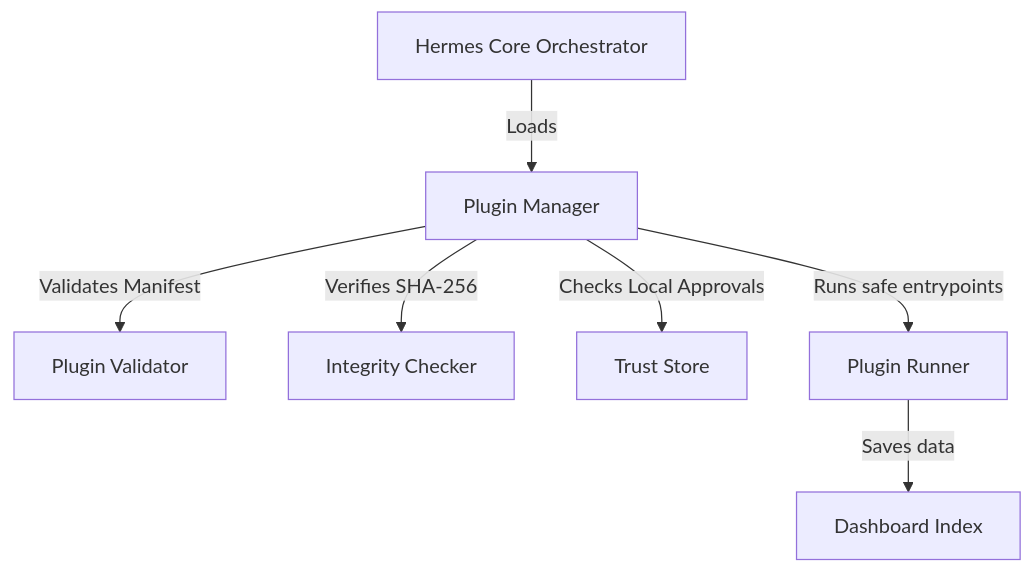
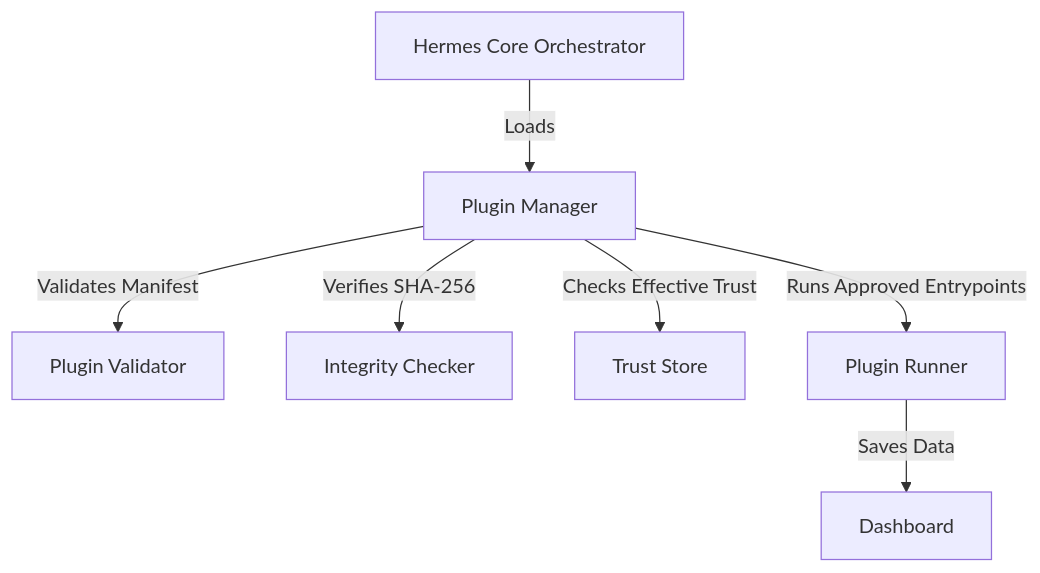
One commit to schaedler6/hermes-agent-hub changed the diagram in README.md. Above: the diagram before and after it, drawn with Mermaid. The commit also changed other lines of this file, not shown here.

````diff
--- a/README.md
+++ b/README.md
@@ -45,9 +60,9 @@
 ```mermaid
 graph TD
     Core[Hermes Core Orchestrator] -->|Loads| PM[Plugin Manager]
     PM -->|Validates Manifest| PV[Plugin Validator]
     PM -->|Verifies SHA-256| PI[Integrity Checker]
-    PM -->|Checks Local Approvals| TC[Trust Store]
-    PM -->|Runs safe entrypoints| PR[Plugin Runner]
-    PR -->|Saves data| DB[Dashboard Index]
+    PM -->|Checks Effective Trust| TC[Trust Store]
+    PM -->|Runs Approved Entrypoints| PR[Plugin Runner]
+    PR -->|Saves Data| DB[Dashboard]
 ```
````
